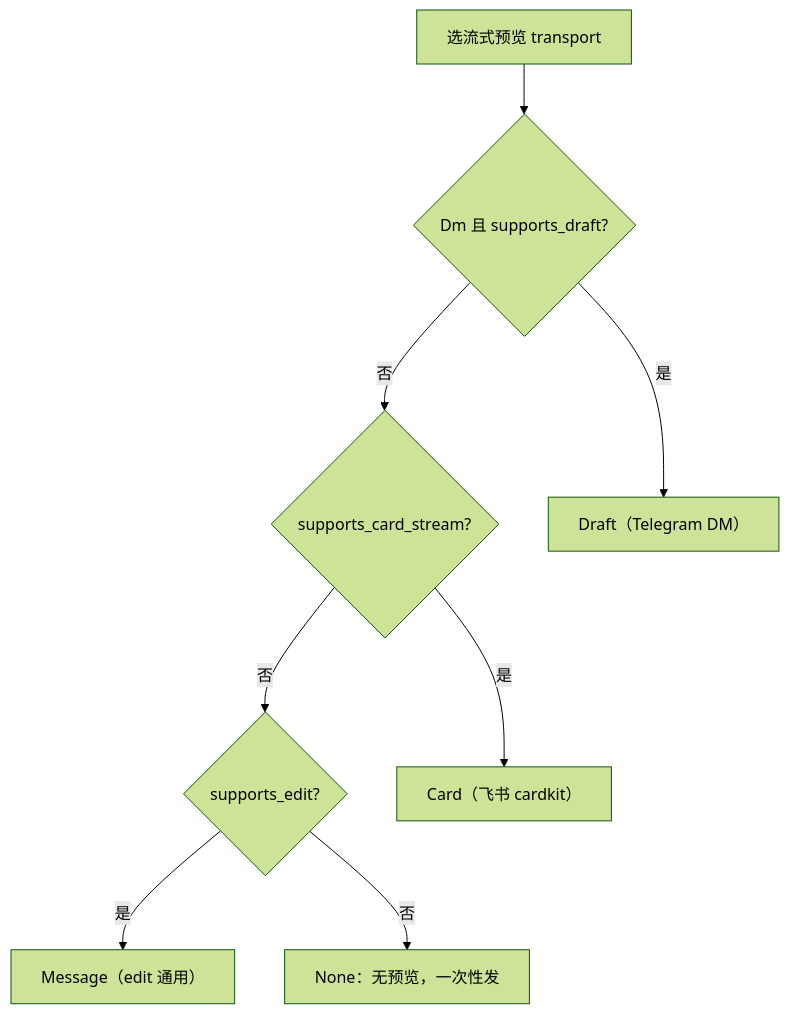
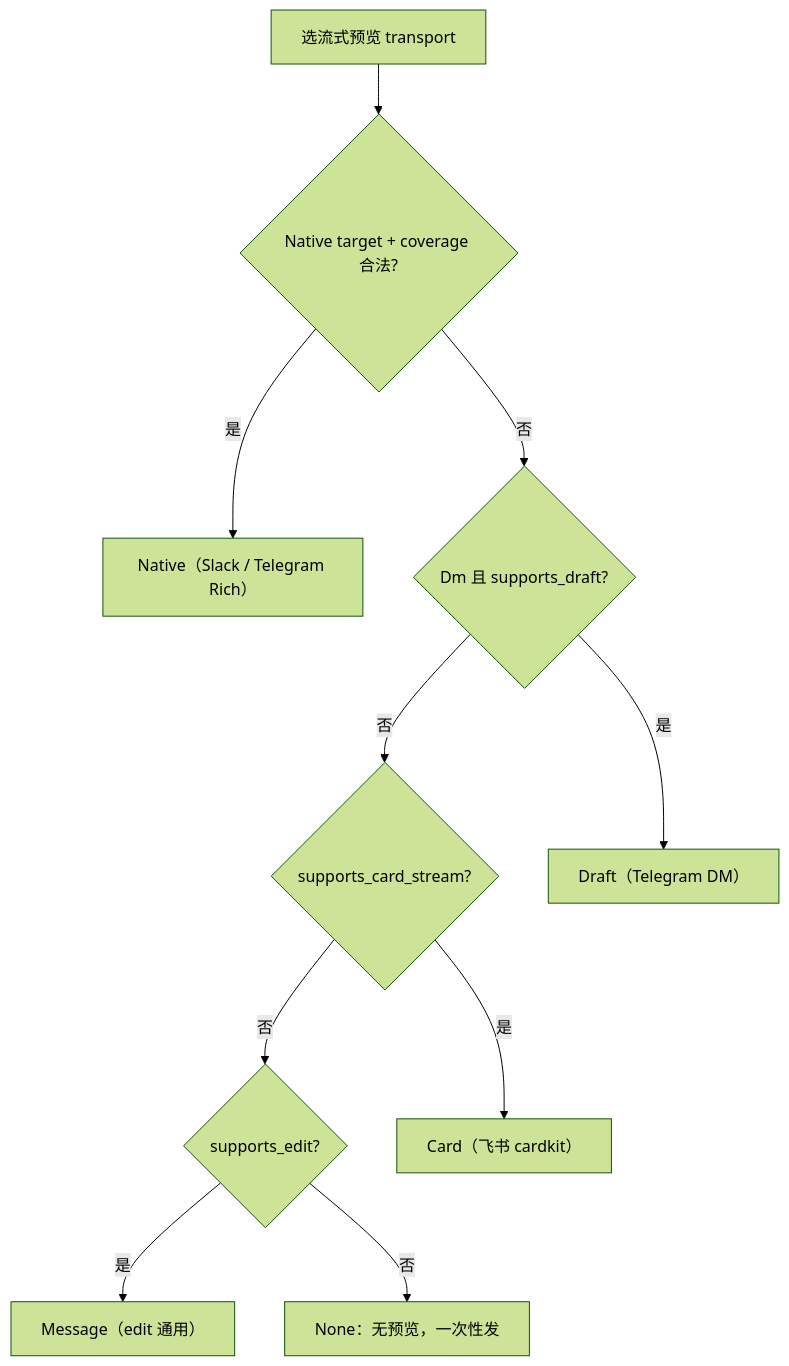
Before and after one commit to shiwenwen/hope-agent: the eighth of 10 diagrams in docs/architecture/integration/im-channel.md, drawn with Mermaid (forest theme). The commit also changed other lines of this file and 34 other files, not shown here.

````diff
--- a/docs/architecture/integration/im-channel.md
+++ b/docs/architecture/integration/im-channel.md
@@ -738,18 +807,22 @@
 ```mermaid
 flowchart TD
     START["选流式预览 transport"]
+    D0{"Native target + coverage 合法?"}
+    NATIVE["Native（Slack / Telegram Rich）"]
     D1{"Dm 且 supports_draft?"}
     D2{"supports_card_stream?"}
     D3{"supports_edit?"}
     DRAFT["Draft（Telegram DM）"]
     CARD["Card（飞书 cardkit）"]
     MSG["Message（edit 通用）"]
     NONE["None：无预览，一次性发"]
-    START --> D1
+    START --> D0
+    D0 -->|是| NATIVE
+    D0 -->|否| D1
     D1 -->|是| DRAFT
     D1 -->|否| D2
     D2 -->|是| CARD
     D2 -->|否| D3
     D3 -->|是| MSG
     D3 -->|否| NONE
 ```
````
